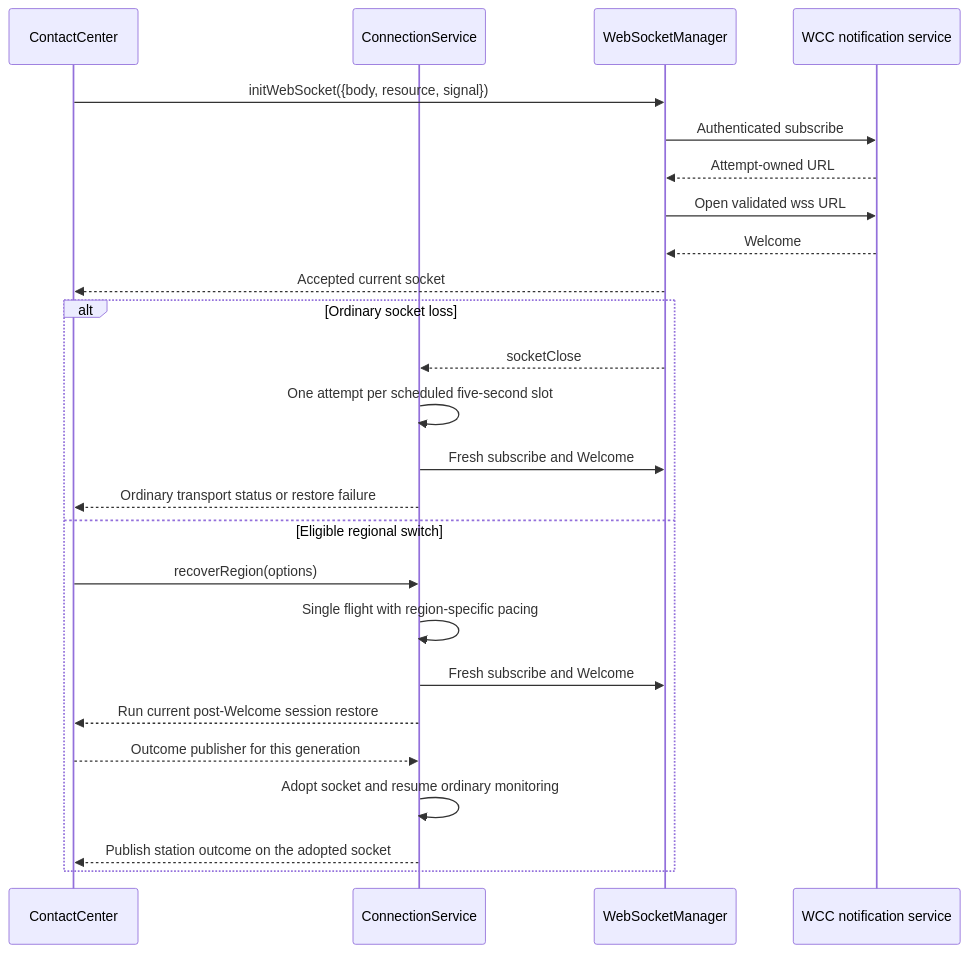
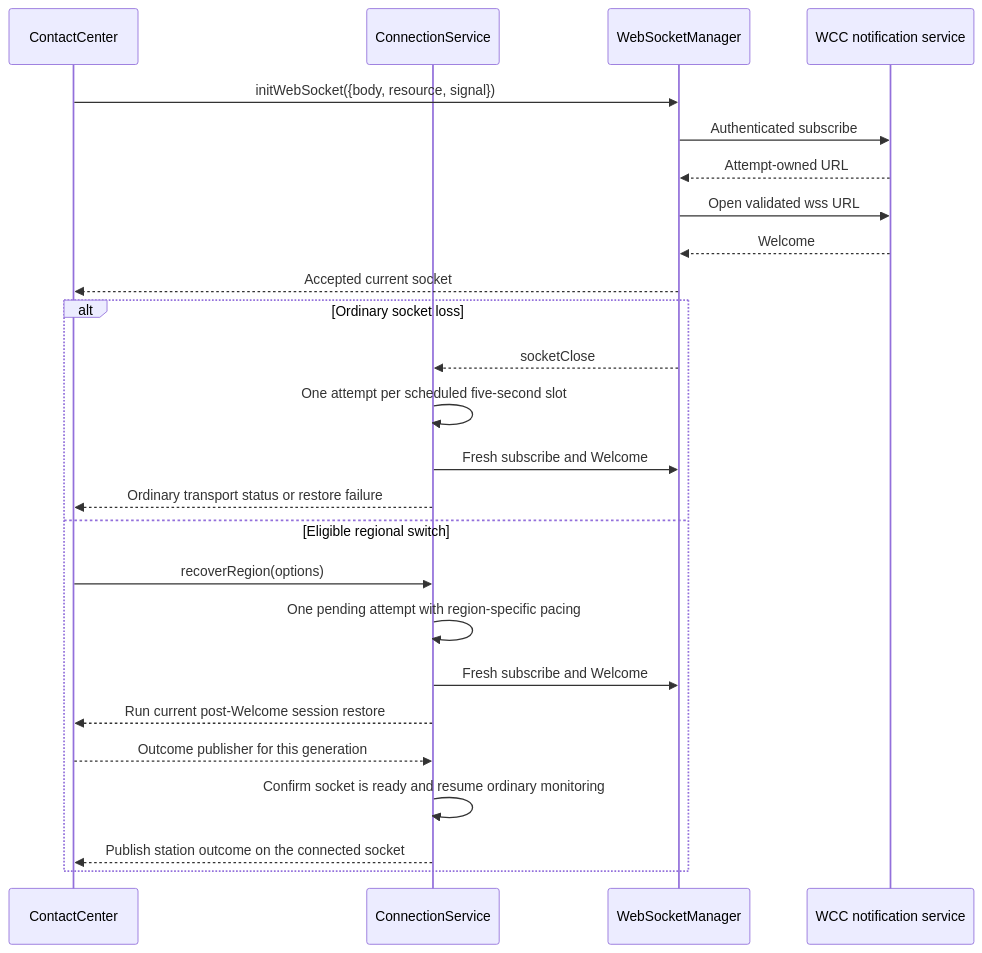
Before and after one commit to webex/webex-js-sdk: the fourth of 7 diagrams in packages/@webex/contact-center/src/services/core/docs/README.md, drawn with Mermaid. The commit also changed other lines of this file and 11 other files, not shown here.

````diff
--- a/packages/@webex/contact-center/src/services/core/docs/README.md
+++ b/packages/@webex/contact-center/src/services/core/docs/README.md
@@ -436,27 +436,27 @@
 ```mermaid
 sequenceDiagram
   participant CC as ContactCenter
   participant CS as ConnectionService
   participant WS as WebSocketManager
   participant GW as WCC notification service
   CC->>WS: initWebSocket({body, resource, signal})
   WS->>GW: Authenticated subscribe
   GW-->>WS: Attempt-owned URL
   WS->>GW: Open validated wss URL
   GW-->>WS: Welcome
   WS-->>CC: Accepted current socket
   alt Ordinary socket loss
     WS-->>CS: socketClose
     CS->>CS: One attempt per scheduled five-second slot
     CS->>WS: Fresh subscribe and Welcome
     CS-->>CC: Ordinary transport status or restore failure
   else Eligible regional switch
     CC->>CS: recoverRegion(options)
-    CS->>CS: Single flight with region-specific pacing
+    CS->>CS: One pending attempt with region-specific pacing
     CS->>WS: Fresh subscribe and Welcome
     CS-->>CC: Run current post-Welcome session restore
     CC-->>CS: Outcome publisher for this generation
-    CS->>CS: Adopt socket and resume ordinary monitoring
-    CS-->>CC: Publish station outcome on the adopted socket
+    CS->>CS: Confirm socket is ready and resume ordinary monitoring
+    CS-->>CC: Publish station outcome on the connected socket
   end
 ```
````
